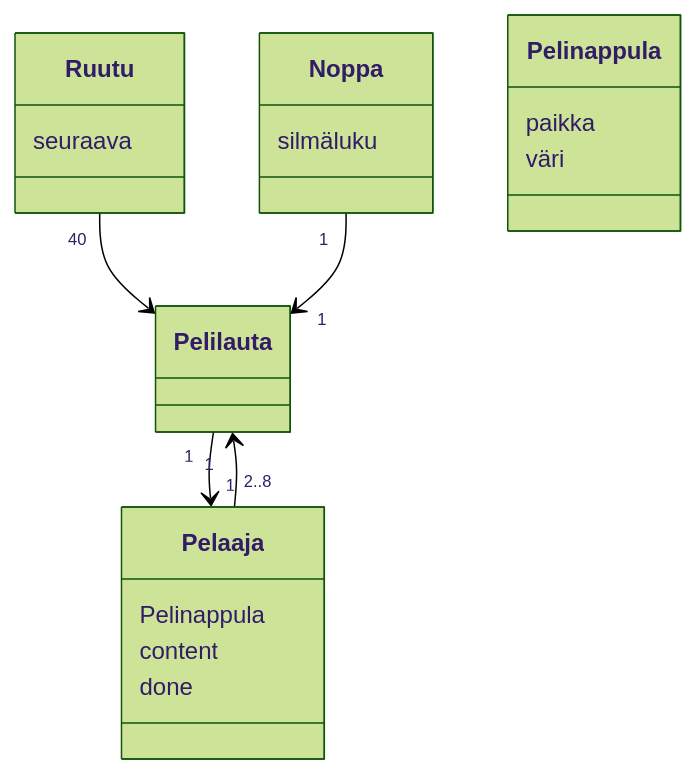
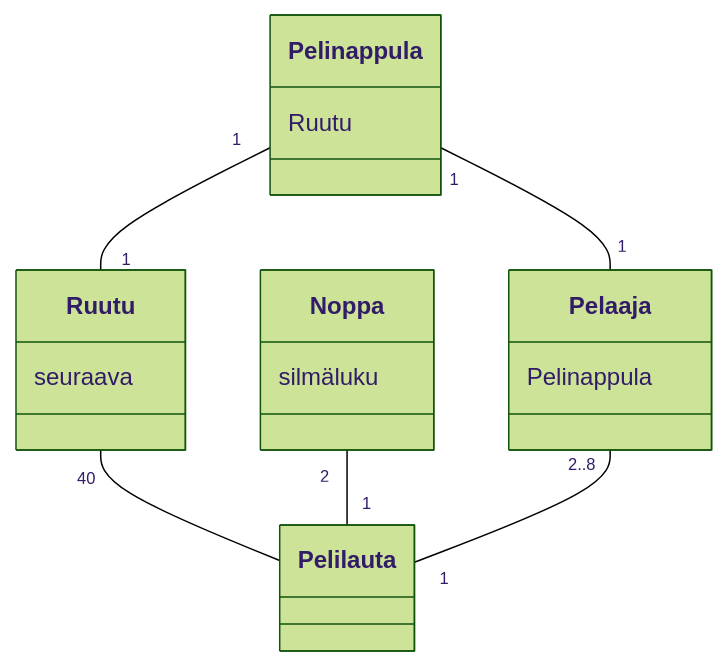
Before and after one commit to SaijaGit/ot-harjoitustyo: the diagram in laskarit/viikko3/monopoli.md, drawn with Mermaid (forest theme). The commit also changed other lines of this file, not shown here.

````diff
--- a/laskarit/viikko3/monopoli.md
+++ b/laskarit/viikko3/monopoli.md
@@ -8,26 +10,24 @@
 ```mermaid
- classDiagram
-      Ruutu "40" --> Pelilauta 
-      class Ruutu{
-          seuraava
-      }
-      Noppa "1" --> "1" Pelilauta
-      class Noppa{
-          silmäluku
-      }
-      Pelaaja "2..8" --> "1" Pelilauta
-      class Pelaaja{
-          Pelinappula
-          content
-          done
-      }
+classDiagram
+    Ruutu "40" -- Pelilauta 
+    class Ruutu{
+        seuraava
+    }
+    Noppa "2" -- "1" Pelilauta
+    class Noppa{
+        silmäluku
+    }
+    Pelaaja "2..8" -- "1" Pelilauta
+    class Pelaaja{
+        Pelinappula
+    }
 
-    Pelilauta "1" --> "1" Pelaaja
+    Pelinappula "1" -- "1" Pelaaja
+    Pelinappula "1" -- "1" Ruutu
     class Pelinappula{
-          paikka
-          väri
-      }
+        Ruutu
+    }
 
 
 
 ```
````
